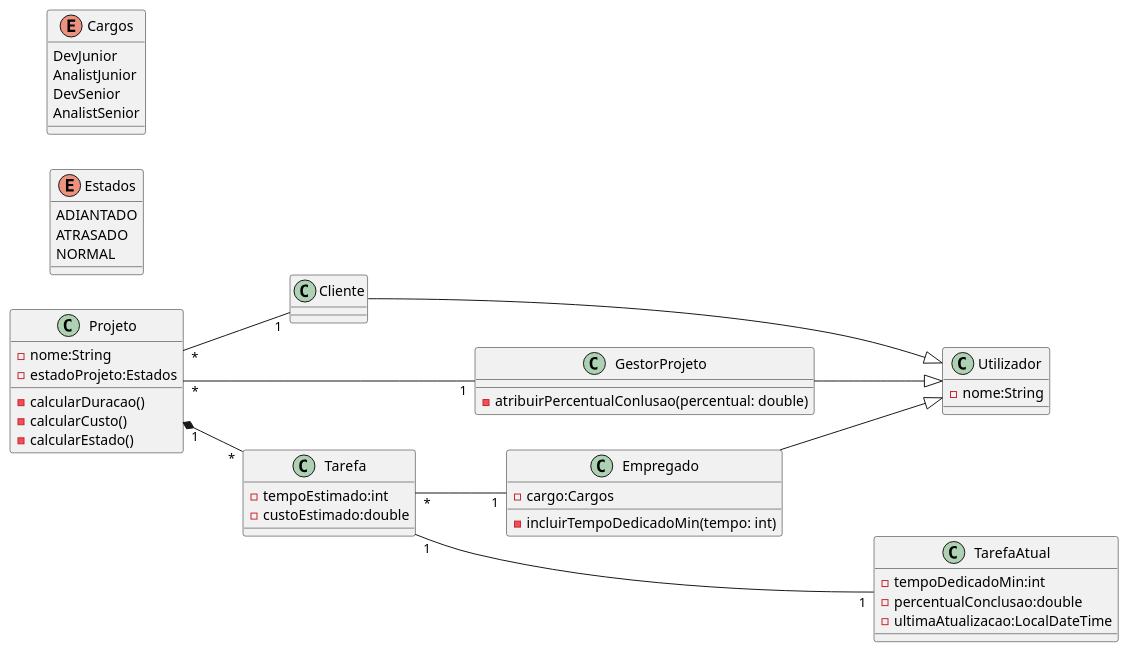
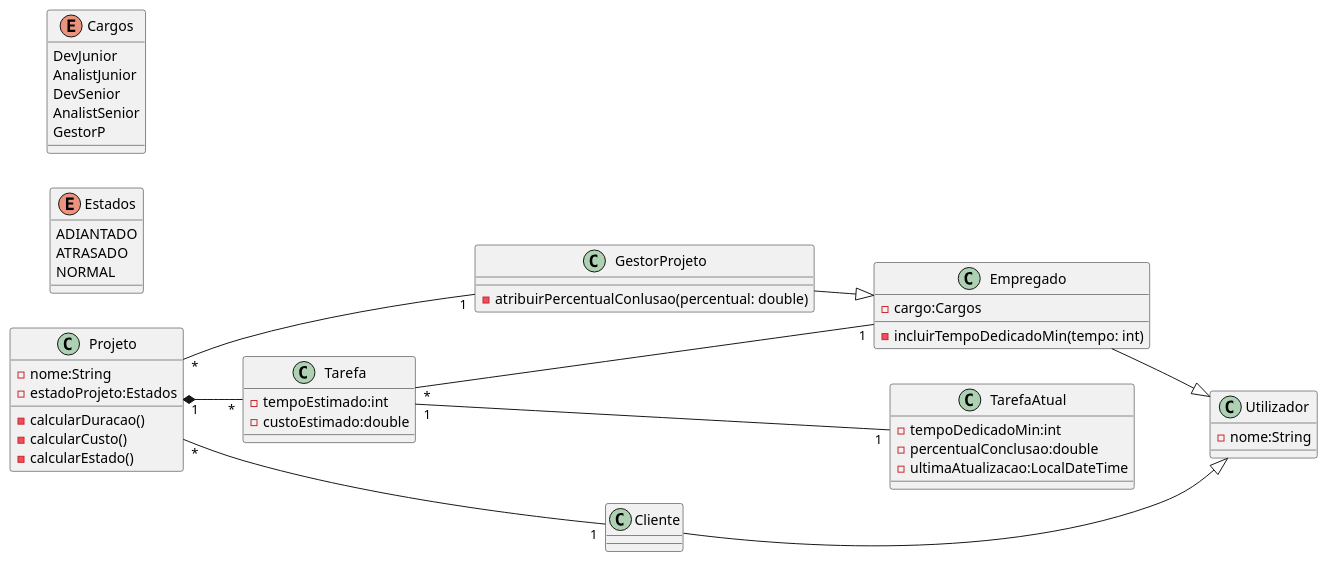
One commit to PedroAlmeidacode/SGP-WebService changed the diagram in Diagrama de Classes/newmodel.puml. Above: the diagram before and after it, drawn with PlantUML. The commit also changed 1 other file, not shown here.

Commit message:
class diagram

```diff
--- a/Diagrama de Classes/newmodel.puml
+++ b/Diagrama de Classes/newmodel.puml
@@ -1,59 +1,60 @@
 @startuml
 left to right direction
 
 class Projeto{
 	- nome:String
 	- estadoProjeto:Estados 
 	- calcularDuracao()
 	- calcularCusto()
 	- calcularEstado()
 }
 
 
 class Utilizador{
     - nome:String
 }
 
 class Empregado{
 	- cargo:Cargos
  	- incluirTempoDedicadoMin(tempo: int)
 }
 
 class GestorProjeto{
 	 - atribuirPercentualConlusao(percentual: double)
 }
 
 class Tarefa{
 	- tempoEstimado:int 
 	- custoEstimado:double
 }
 
 class TarefaAtual{
 	- tempoDedicadoMin:int 
 	- percentualConclusao:double     
 	- ultimaAtualizacao:LocalDateTime
 }
 
 enum Estados{
 	ADIANTADO
 	ATRASADO
 	NORMAL
 }
 
 enum Cargos{
 	DevJunior
 	AnalistJunior
 	DevSenior
 	AnalistSenior
+	GestorP
 }
 
 Empregado --|> Utilizador
-GestorProjeto --|> Utilizador
 Cliente --|> Utilizador
 Tarefa "1" --- "1" TarefaAtual
 Projeto "*" --- "1" GestorProjeto
 Projeto "*" -- "1" Cliente
 Tarefa "*" -- "1" Empregado
 Projeto "1"  *-- "*" Tarefa
+GestorProjeto --|> Empregado
 
 @enduml
```
